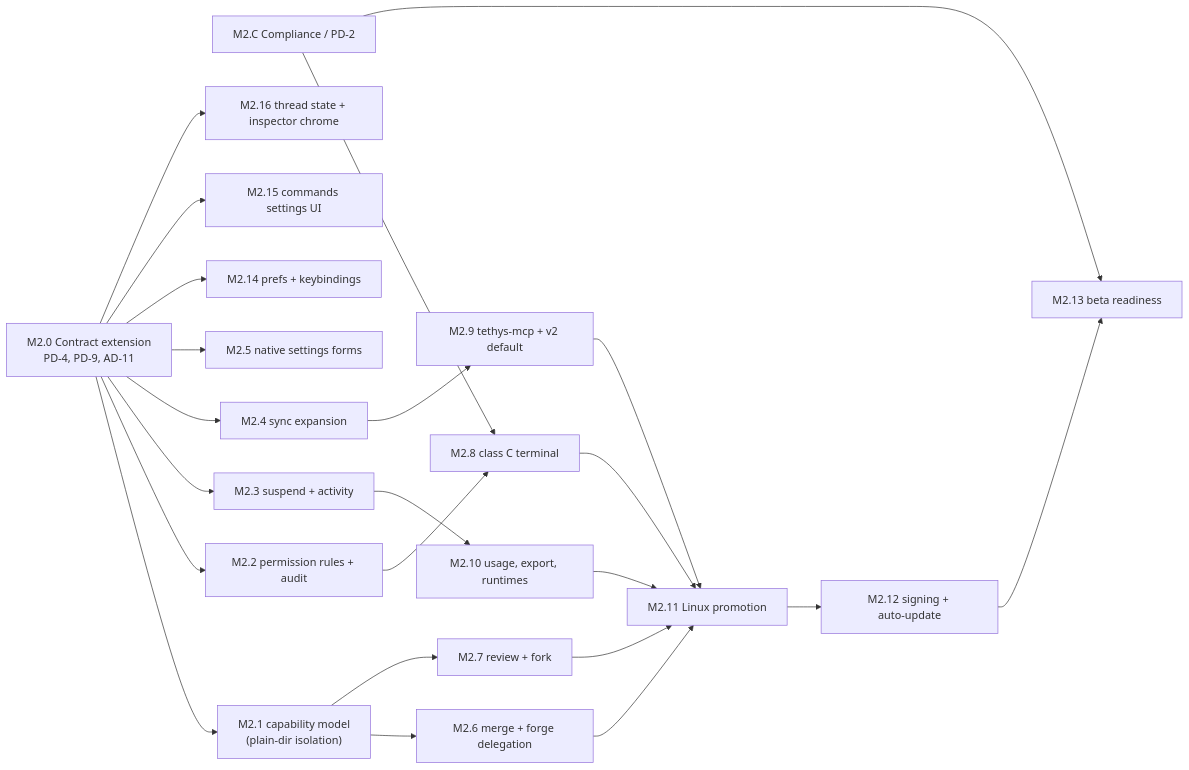
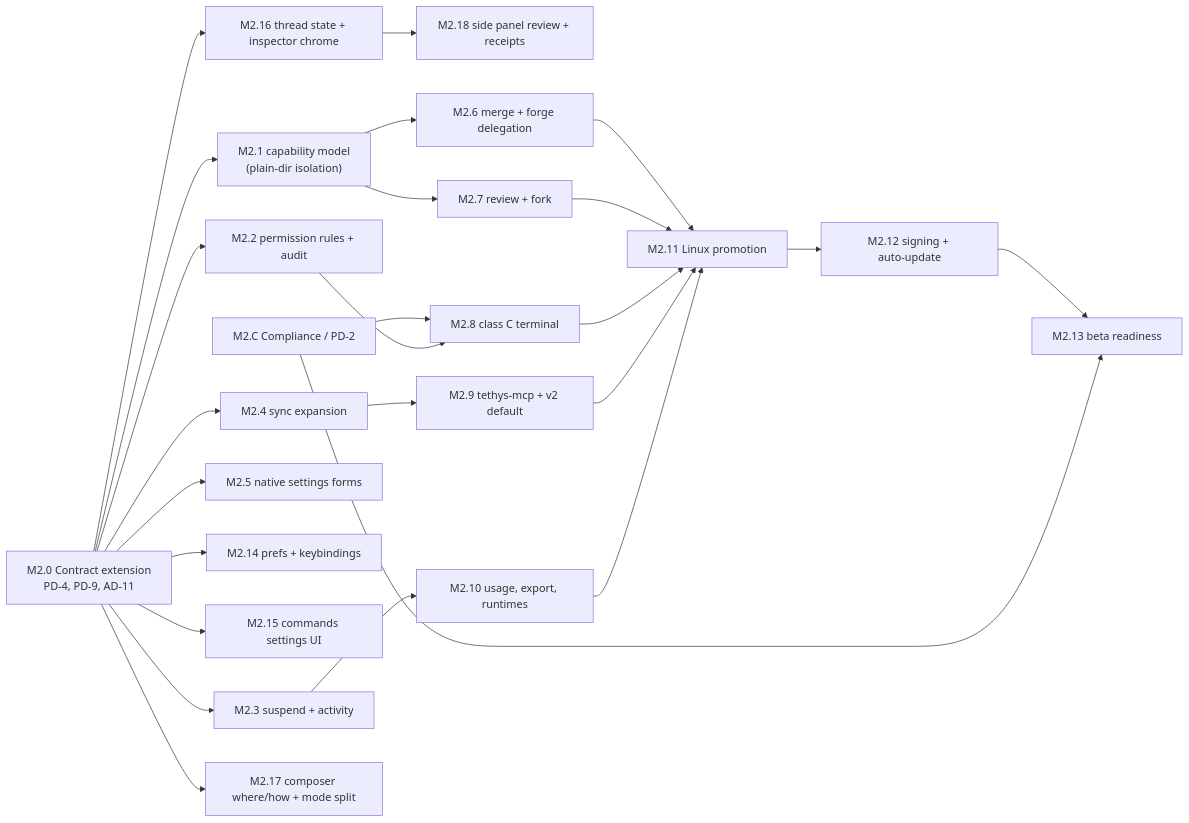
Before and after one commit to Noentic/tethys: the second of 2 diagrams in docs/milestone.md, drawn with Mermaid. The commit also changed other lines of this file and 96 other files, not shown here.

Commit message:
feat: implement d0-rc12 composer and thread review

````diff
--- a/docs/milestone.md
+++ b/docs/milestone.md
@@ -314,27 +316,29 @@
 ```mermaid
 flowchart LR
     C["M2.C Compliance / PD‑2"]
     M0["M2.0 Contract extension<br/>PD‑4, PD‑9, AD‑11"]
     M0 --> M1["M2.1 capability model<br/>(plain‑dir isolation)"]
     M0 --> M2["M2.2 permission rules + audit"]
     M0 --> M3["M2.3 suspend + activity"]
     M0 --> M4["M2.4 sync expansion"]
     M0 --> M5["M2.5 native settings forms"]
     M0 --> M14["M2.14 prefs + keybindings"]
     M0 --> M15["M2.15 commands settings UI"]
     M0 --> M16["M2.16 thread state + inspector chrome"]
+    M0 --> M17["M2.17 composer where/how + mode split"]
+    M16 --> M18["M2.18 side panel review + receipts"]
     M1 --> M6["M2.6 merge + forge delegation"]
     M1 --> M7["M2.7 review + fork"]
     C --> M8["M2.8 class C terminal"]
     M2 --> M8
     M4 --> M9["M2.9 tethys-mcp + v2 default"]
     M3 --> M10["M2.10 usage, export, runtimes"]
     M6 --> M11["M2.11 Linux promotion"]
     M7 --> M11
     M8 --> M11
     M9 --> M11
     M10 --> M11
     M11 --> M12["M2.12 signing + auto‑update"]
     M12 --> M13["M2.13 beta readiness"]
     C --> M13
 ```
````
